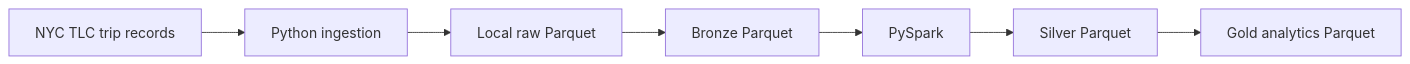
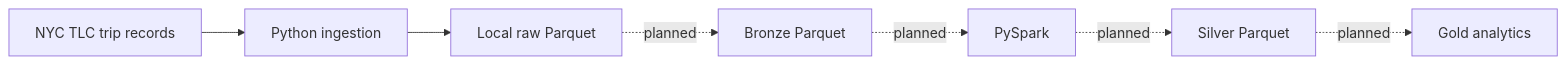
One commit to harshitha-108/nyc-taxi-lakehouse changed the diagram in README.md. Above: the diagram before and after it, drawn with Mermaid. The commit also changed other lines of this file, not shown here.

````diff
--- a/README.md
+++ b/README.md
@@ -11,9 +19,9 @@
 ```mermaid
 flowchart LR
     TLC[NYC TLC trip records] --> ING[Python ingestion]
     ING --> RAW[Local raw Parquet]
-    RAW --> BRONZE[Bronze Parquet]
-    BRONZE --> SPARK[PySpark]
-    SPARK --> SILVER[Silver Parquet]
-    SILVER --> GOLD[Gold analytics Parquet]
+    RAW -. planned .-> BRONZE[Bronze Parquet]
+    BRONZE -. planned .-> SPARK[PySpark]
+    SPARK -. planned .-> SILVER[Silver Parquet]
+    SILVER -. planned .-> GOLD[Gold analytics]
 ```
````
